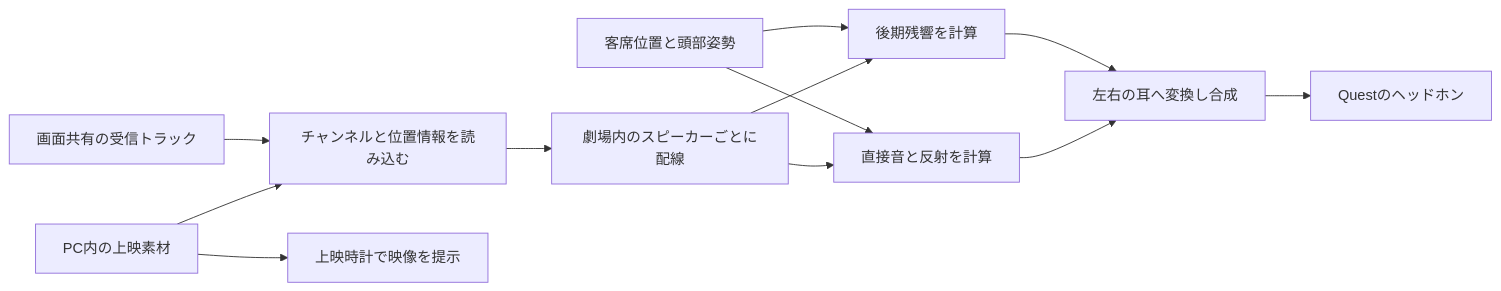
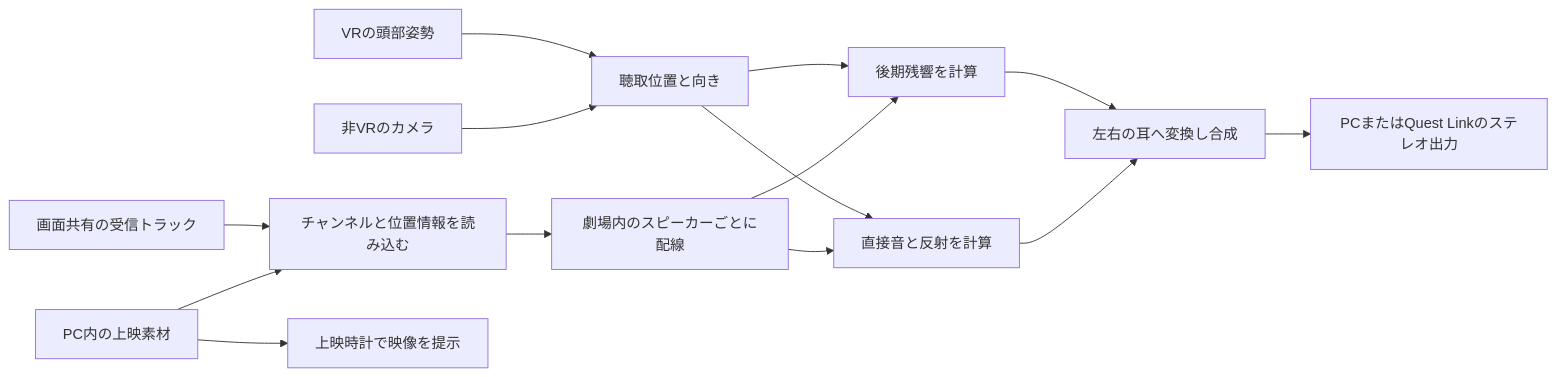
One commit to stillshore-chirp/lumen-pilgrimage changed the diagram in docs/cinema/cinema-sound-design.md. Above: the diagram before and after it, drawn with Mermaid. The commit also changed other lines of this file and 2 other files, not shown here.

````diff
--- a/docs/cinema/cinema-sound-design.md
+++ b/docs/cinema/cinema-sound-design.md
@@ -66,14 +66,16 @@
 ```mermaid
 flowchart LR
     A["PC内の上映素材"] --> B["チャンネルと位置情報を読み込む"]
     C["画面共有の受信トラック"] --> B
     B --> D["劇場内のスピーカーごとに配線"]
     D --> E["直接音と反射を計算"]
     D --> F["後期残響を計算"]
-    G["客席位置と頭部姿勢"] --> E
+    G["聴取位置と向き"] --> E
+    K["非VRのカメラ"] --> G
+    L["VRの頭部姿勢"] --> G
     G --> F
     E --> H["左右の耳へ変換し合成"]
     F --> H
-    H --> I["Questのヘッドホン"]
+    H --> I["PCまたはQuest Linkのステレオ出力"]
     A --> J["上映時計で映像を提示"]
 ```
````
